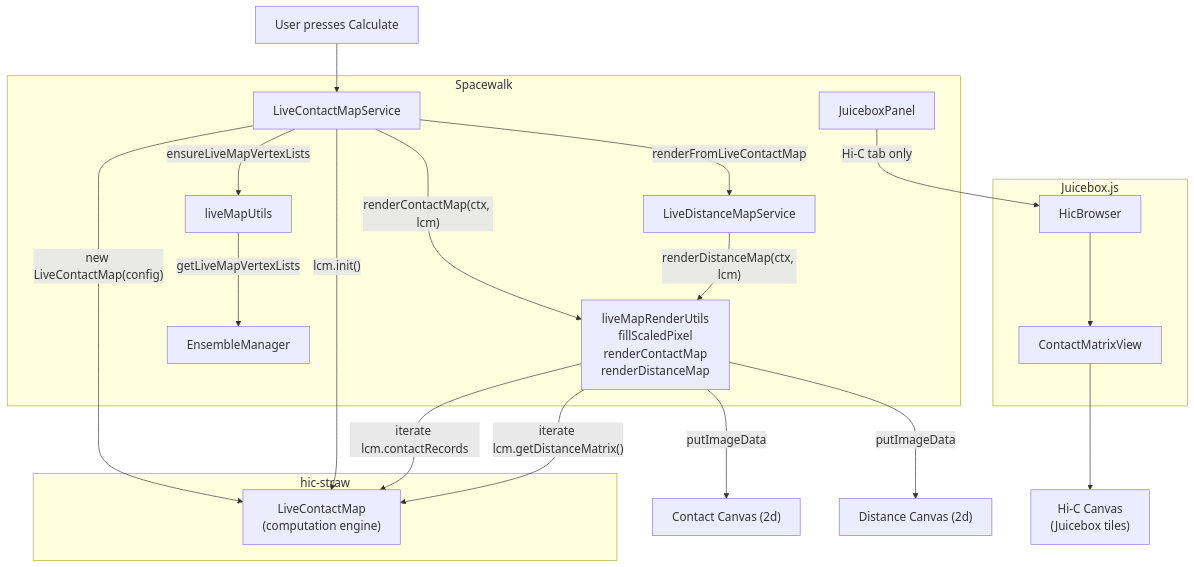
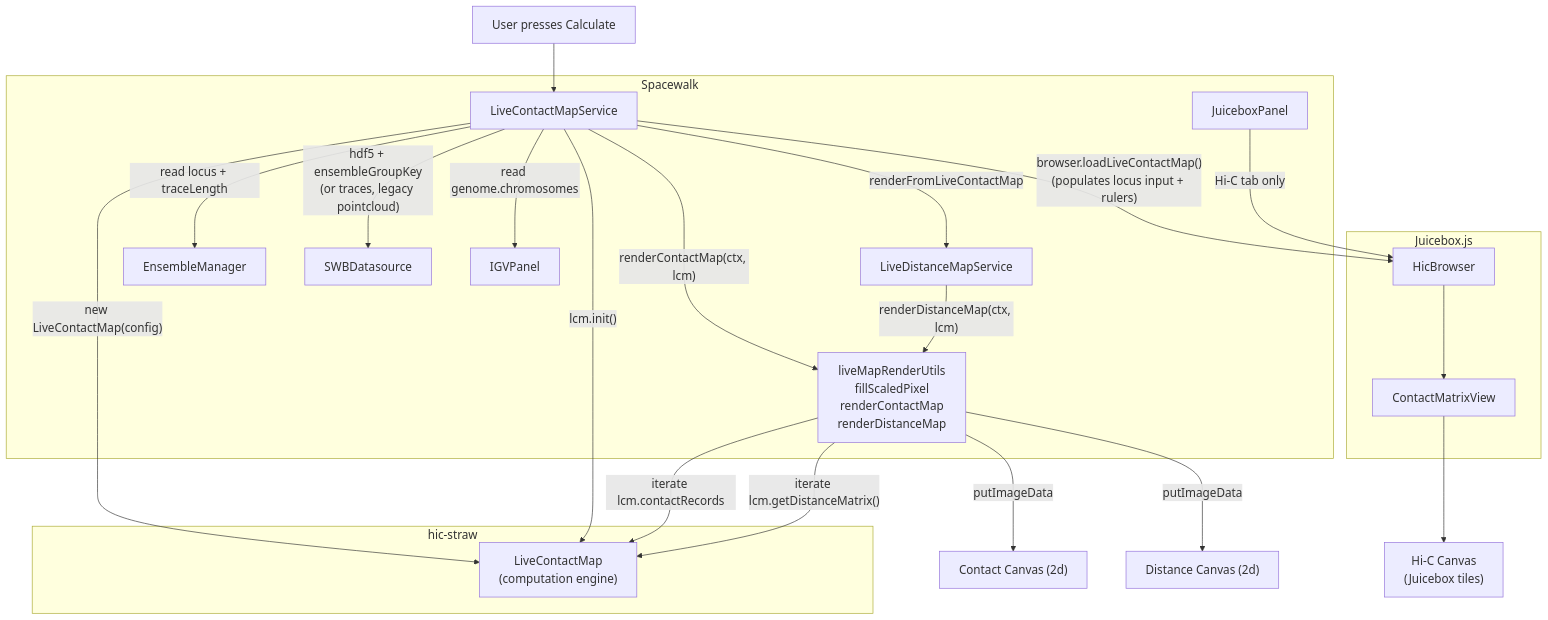
The first of 7 diagrams in development-notes/interaction-diagram-spacewalk-juicebox.md (aidenlab/spacewalk), drawn with Mermaid before and after one commit. The commit also changed other lines of this file and 6 other files, not shown here.

First line of the commit message:
docs: post Phase 3 architecture diagram pass

````diff
--- a/development-notes/interaction-diagram-spacewalk-juicebox.md
+++ b/development-notes/interaction-diagram-spacewalk-juicebox.md
@@ -21,40 +23,43 @@
 ```mermaid
 %%{init: {'themeVariables': {'fontSize': '18px', 'fontFamily': 'arial'}, 'flowchart': {'nodeSpacing': 60, 'rankSpacing': 50}}}%%
 flowchart TB
     subgraph Spacewalk["Spacewalk"]
         LCMS[LiveContactMapService]
         LDMS[LiveDistanceMapService]
         JP[JuiceboxPanel]
-        Utils[liveMapUtils]
         RU[liveMapRenderUtils<br/>fillScaledPixel<br/>renderContactMap<br/>renderDistanceMap]
         EM[EnsembleManager]
+        DS[SWBDatasource]
+        IGV[IGVPanel]
     end
 
     subgraph HicStraw["hic-straw"]
         LCM["LiveContactMap<br/>(computation engine)"]
     end
 
     subgraph JuiceboxJS["Juicebox.js"]
         Browser[HicBrowser]
         CMV[ContactMatrixView]
     end
 
     User[User presses Calculate] --> LCMS
-    LCMS -->|ensureLiveMapVertexLists| Utils
-    Utils -->|getLiveMapVertexLists| EM
+    LCMS -->|read locus + traceLength| EM
+    LCMS -->|read genome.chromosomes| IGV
+    LCMS -->|"hdf5 + ensembleGroupKey<br/>(or traces, legacy pointcloud)"| DS
     LCMS -->|"new LiveContactMap(config)"| LCM
     LCMS -->|"lcm.init()"| LCM
+    LCMS -->|"browser.loadLiveContactMap()<br/>(populates locus input + rulers)"| Browser
 
     LCMS -->|"renderContactMap(ctx, lcm)"| RU
     RU -->|"iterate lcm.contactRecords"| LCM
     RU -->|"putImageData"| ContactCanvas["Contact Canvas (2d)"]
 
     LCMS -->|renderFromLiveContactMap| LDMS
     LDMS -->|"renderDistanceMap(ctx, lcm)"| RU
     RU -->|"iterate lcm.getDistanceMatrix()"| LCM
     RU -->|"putImageData"| DistCanvas["Distance Canvas (2d)"]
 
     JP -->|"Hi-C tab only"| Browser
     Browser --> CMV
     CMV --> HicCanvas["Hi-C Canvas<br/>(Juicebox tiles)"]
 ```
````
